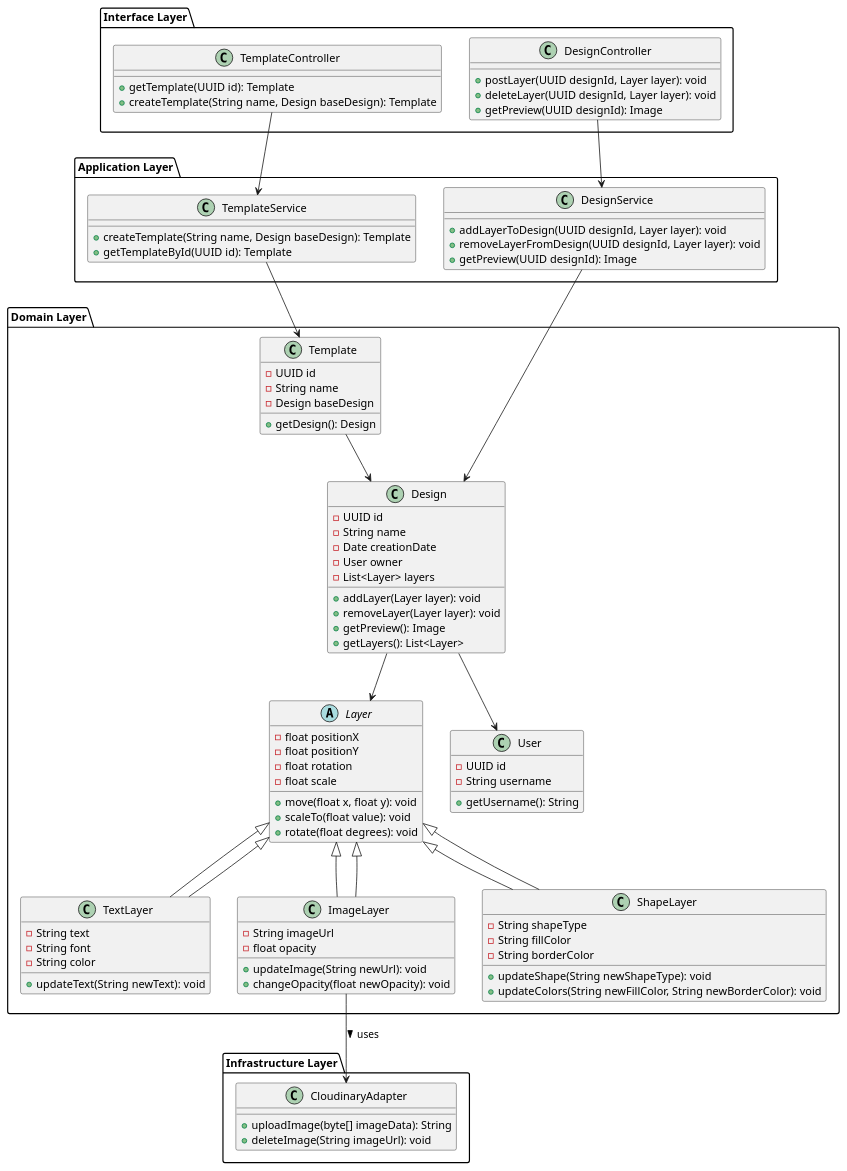
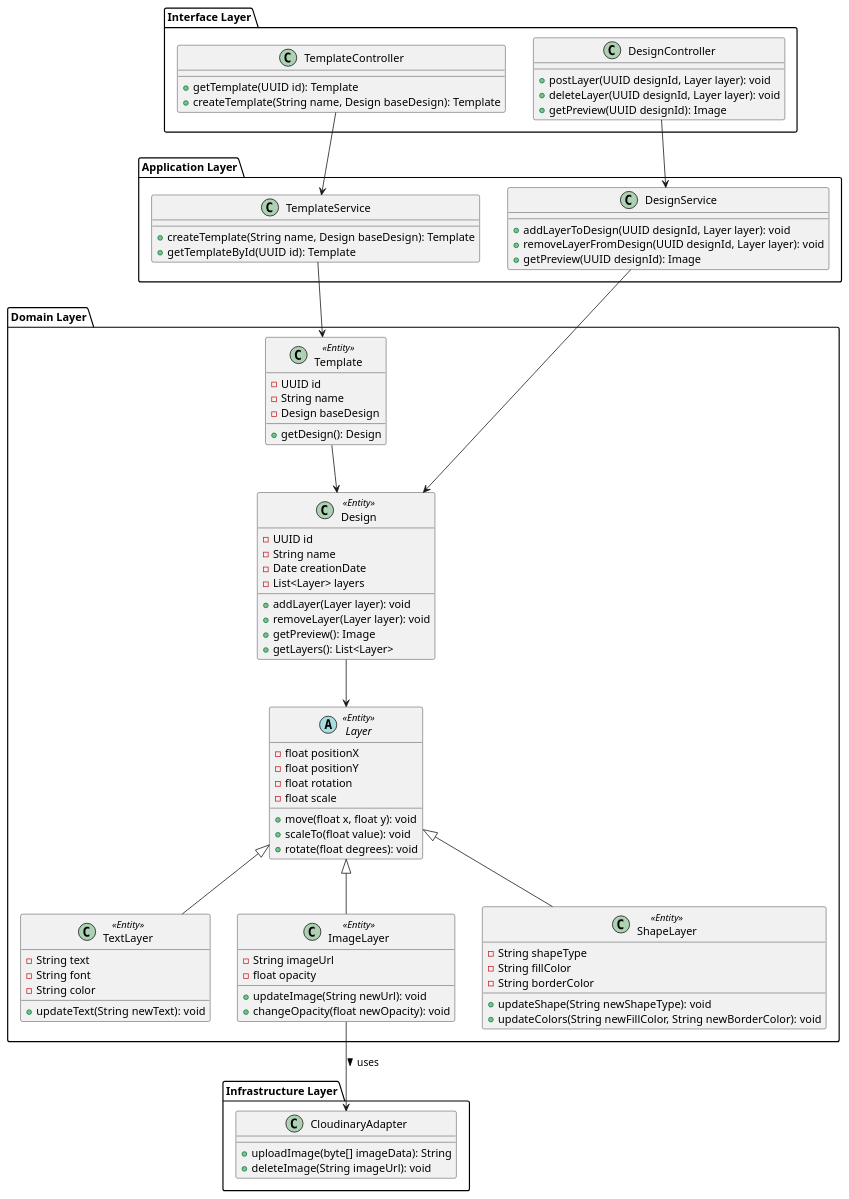
The diagram in Design studio.puml (JonatanFD/diagrama-clase), drawn with PlantUML before and after one commit. The commit also changed 1 other file, not shown here.

Commit message:
feat: add  labels to Design studio and Order Fulfillment

```diff
--- a/Design studio.puml
+++ b/Design studio.puml
@@ -1,126 +1,114 @@
 @startuml
-
 ' =============================
 ' DOMAIN LAYER
 ' =============================
 package "Domain Layer" {
 
-  class Design {
+  class Design <<Entity>> {
     - UUID id
     - String name
     - Date creationDate
-    - User owner
     - List<Layer> layers
     + addLayer(Layer layer): void
     + removeLayer(Layer layer): void
     + getPreview(): Image
     + getLayers(): List<Layer>
   }
 
-  abstract class Layer {
+  abstract class Layer <<Entity>> {
     - float positionX
     - float positionY
     - float rotation
     - float scale
     + move(float x, float y): void
     + scaleTo(float value): void
     + rotate(float degrees): void
   }
 
-  class TextLayer extends Layer {
+  class TextLayer <<Entity>> extends Layer {
     - String text
     - String font
     - String color
     + updateText(String newText): void
   }
 
-  class ImageLayer extends Layer {
+  class ImageLayer <<Entity>> extends Layer {
     - String imageUrl
     - float opacity
     + updateImage(String newUrl): void
     + changeOpacity(float newOpacity): void
   }
 
-  class ShapeLayer extends Layer {
+  class ShapeLayer <<Entity>> extends Layer {
     - String shapeType
     - String fillColor
     - String borderColor
     + updateShape(String newShapeType): void
     + updateColors(String newFillColor, String newBorderColor): void
   }
 
-  class Template {
+  class Template <<Entity>> {
     - UUID id
     - String name
     - Design baseDesign
     + getDesign(): Design
-  }
-
-  class User {
-    - UUID id
-    - String username
-    + getUsername(): String
-  }
-
-  Layer <|-- TextLayer
-  Layer <|-- ImageLayer
-  Layer <|-- ShapeLayer
+  }  
+  
   Template --> Design
   Design --> Layer
-  Design --> User
+ 
 }
 
 ' =============================
 ' APPLICATION LAYER
 ' =============================
 package "Application Layer" {
 
   class TemplateService {
     + createTemplate(String name, Design baseDesign): Template
     + getTemplateById(UUID id): Template
   }
 
   class DesignService {
     + addLayerToDesign(UUID designId, Layer layer): void
     + removeLayerFromDesign(UUID designId, Layer layer): void
     + getPreview(UUID designId): Image
   }
 
   TemplateService --> Template
   DesignService --> Design
 }
 
 ' =============================
 ' INFRASTRUCTURE LAYER
 ' =============================
 package "Infrastructure Layer" {
 
   class CloudinaryAdapter {
     + uploadImage(byte[] imageData): String
     + deleteImage(String imageUrl): void
   }
 
   ImageLayer --> CloudinaryAdapter : uses >
 }
 
 ' =============================
 ' INTERFACE LAYER
 ' =============================
 package "Interface Layer" {
 
   class TemplateController {
     + getTemplate(UUID id): Template
     + createTemplate(String name, Design baseDesign): Template
   }
 
   class DesignController {
     + postLayer(UUID designId, Layer layer): void
     + deleteLayer(UUID designId, Layer layer): void
     + getPreview(UUID designId): Image
   }
 
   TemplateController --> TemplateService
   DesignController --> DesignService
 }
-
 @enduml
```
